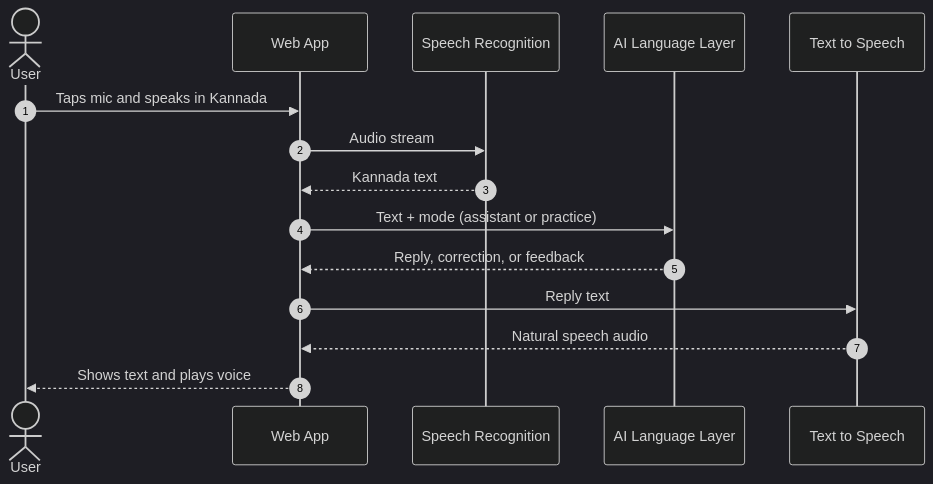
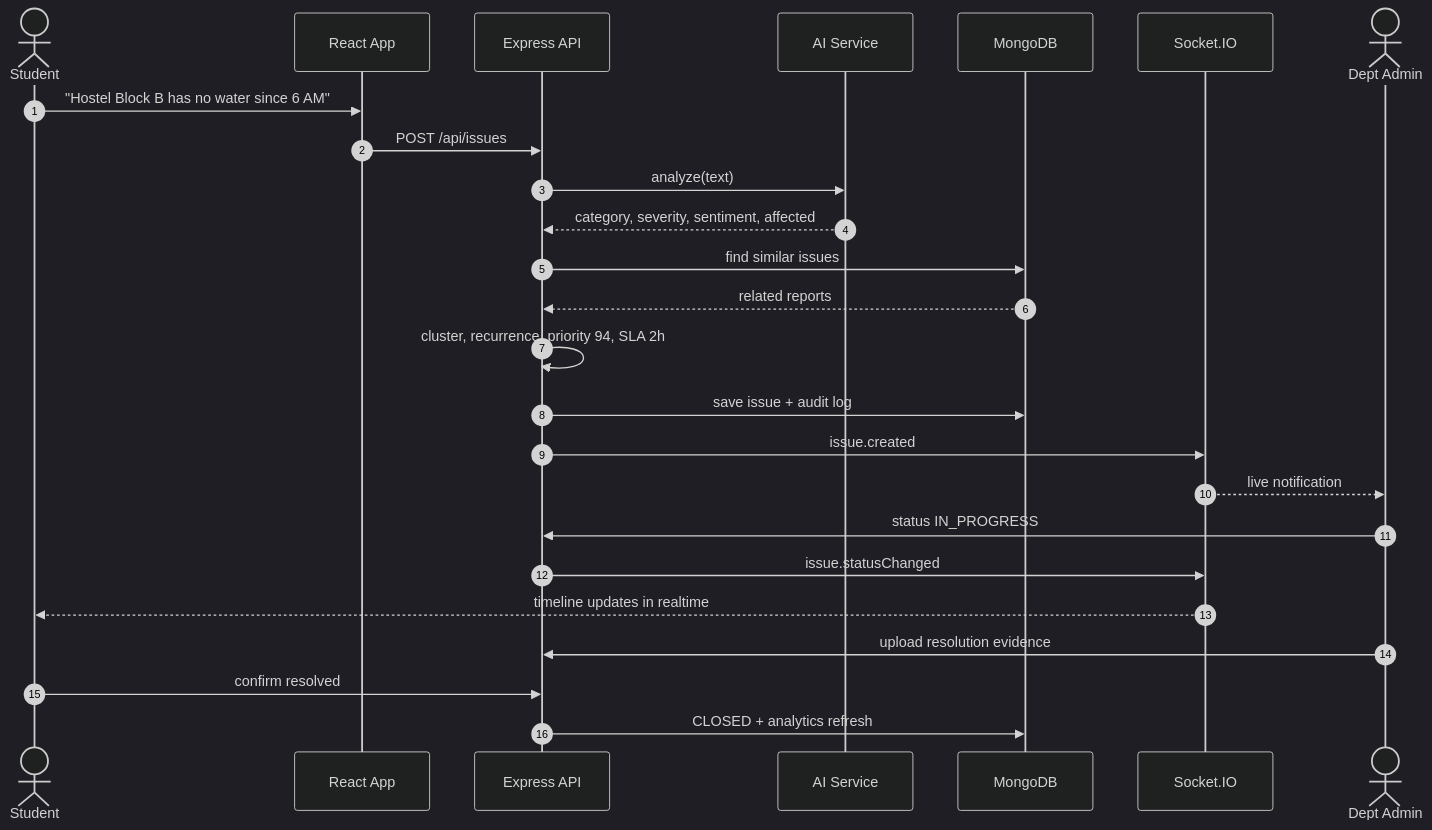
One commit to sathi2305/VoiceKannada-AI changed the second of 3 diagrams in README.md. Above: the diagram before and after it, drawn with Mermaid (dark theme). The commit also changed other lines of this file, not shown here.

````diff
--- a/README.md
+++ b/README.md
@@ -111,18 +223,28 @@
 ```mermaid
 sequenceDiagram
     autonumber
-    actor U as User
-    participant UI as Web App
-    participant ASR as Speech Recognition
-    participant AI as AI Language Layer
-    participant TTS as Text to Speech
+    actor S as Student
+    participant FE as React App
+    participant API as Express API
+    participant AI as AI Service
+    participant DB as MongoDB
+    participant IO as Socket.IO
+    actor A as Dept Admin
 
-    U->>UI: Taps mic and speaks in Kannada
-    UI->>ASR: Audio stream
-    ASR-->>UI: Kannada text
-    UI->>AI: Text + mode (assistant or practice)
-    AI-->>UI: Reply, correction, or feedback
-    UI->>TTS: Reply text
-    TTS-->>UI: Natural speech audio
-    UI-->>U: Shows text and plays voice
+    S->>FE: "Hostel Block B has no water since 6 AM"
+    FE->>API: POST /api/issues
+    API->>AI: analyze(text)
+    AI-->>API: category, severity, sentiment, affected
+    API->>DB: find similar issues
+    DB-->>API: related reports
+    API->>API: cluster, recurrence, priority 94, SLA 2h
+    API->>DB: save issue + audit log
+    API->>IO: issue.created
+    IO-->>A: live notification
+    A->>API: status IN_PROGRESS
+    API->>IO: issue.statusChanged
+    IO-->>S: timeline updates in realtime
+    A->>API: upload resolution evidence
+    S->>API: confirm resolved
+    API->>DB: CLOSED + analytics refresh
 ```
````
